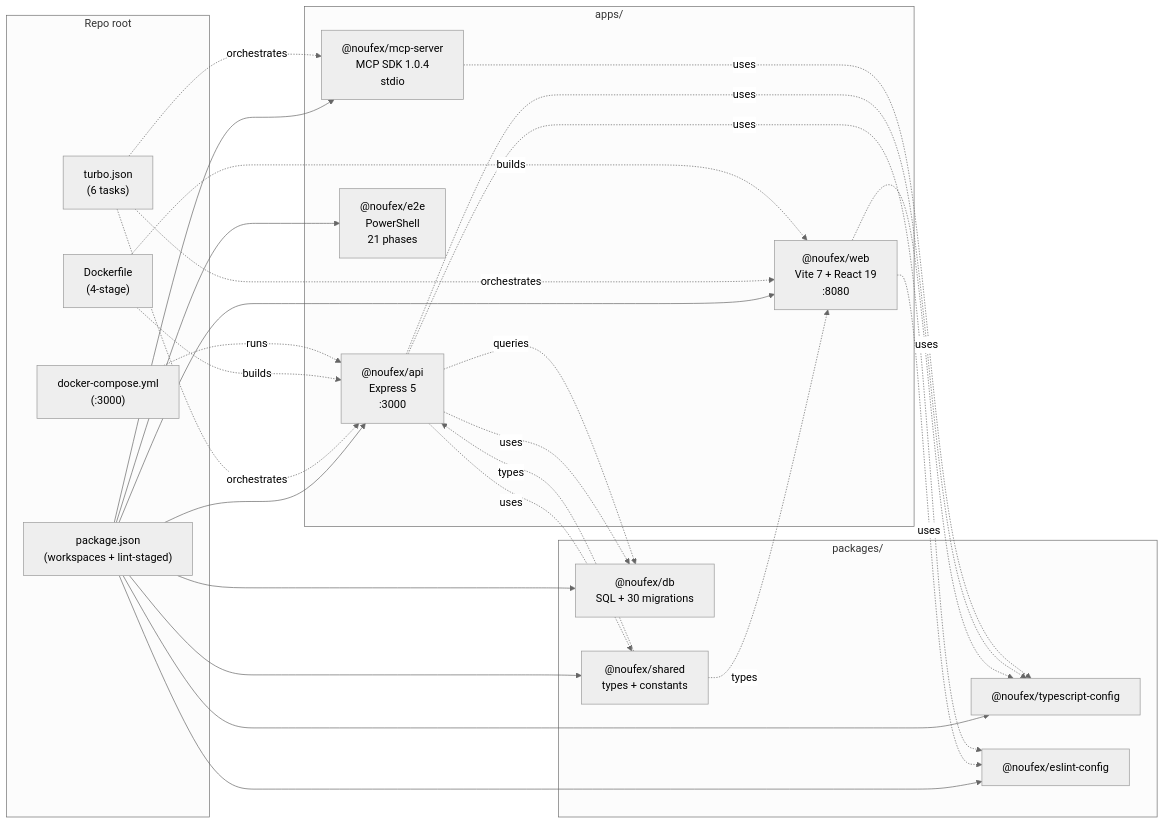
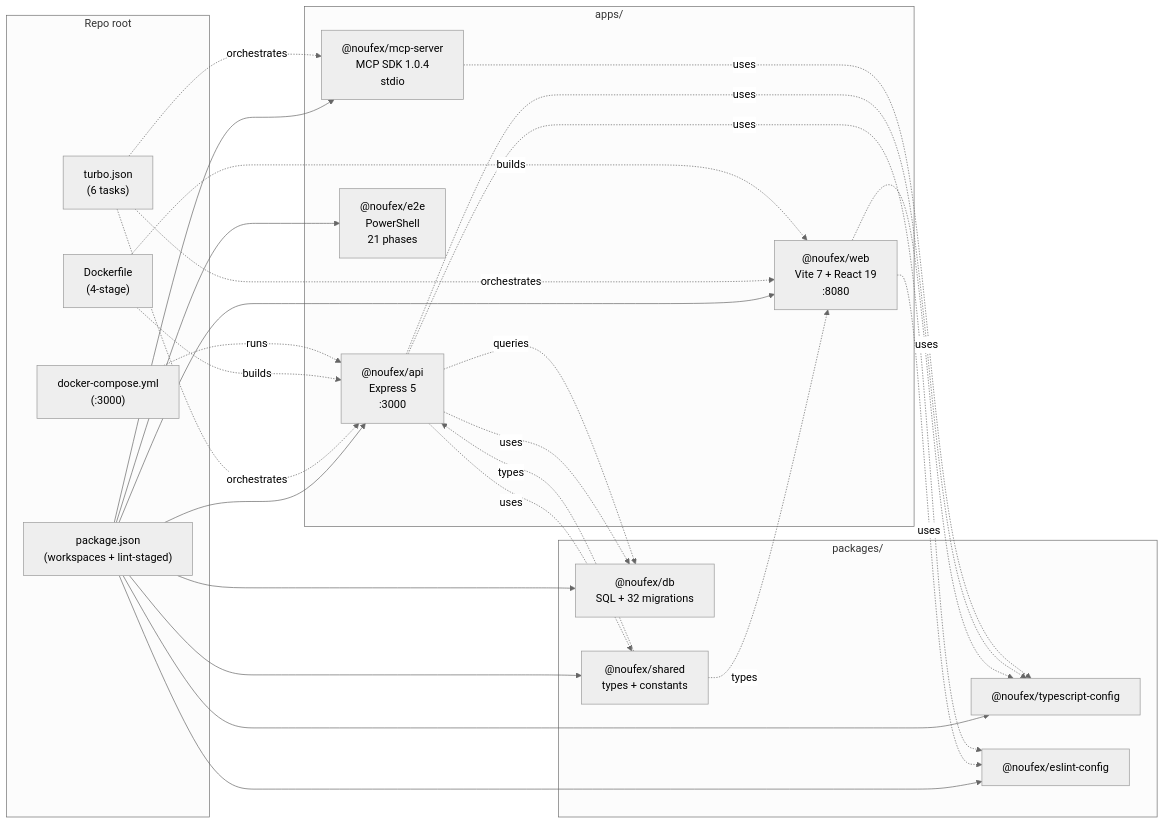
Before and after one commit to nashwanzaher/nouf-ex: the first of 3 diagrams in ARCHITECTURE.md, drawn with Mermaid (neutral theme). The commit also changed other lines of this file and 6 other files, not shown here.

````diff
--- a/ARCHITECTURE.md
+++ b/ARCHITECTURE.md
@@ -54,34 +54,34 @@
 ```mermaid
 graph LR
   subgraph root["Repo root"]
     PJ["package.json<br/>(workspaces + lint-staged)"]
     TJ["turbo.json<br/>(6 tasks)"]
     DF["Dockerfile<br/>(4-stage)"]
     DC["docker-compose.yml<br/>(:3000)"]
   end
 
   subgraph apps["apps/"]
     WEB["@noufex/web<br/>Vite 7 + React 19<br/>:8080"]
     API["@noufex/api<br/>Express 5<br/>:3000"]
     MCP["@noufex/mcp-server<br/>MCP SDK 1.0.4<br/>stdio"]
     E2E["@noufex/e2e<br/>PowerShell<br/>21 phases"]
   end
 
   subgraph pkgs["packages/"]
-    DB["@noufex/db<br/>SQL + 30 migrations"]
+      DB["@noufex/db<br/>SQL + 32 migrations"]
     SHD["@noufex/shared<br/>types + constants"]
     TSC["@noufex/typescript-config"]
     ESC["@noufex/eslint-config"]
   end
 
   PJ --> WEB & API & MCP & E2E
   PJ --> DB & SHD & TSC & ESC
   TJ -. orchestrates .-> WEB & API & MCP
   DF -. builds .-> API & WEB
   DC -. runs .-> API
   WEB -. uses .-> TSC & ESC
   API -. uses .-> TSC & ESC & SHD & DB
   MCP -. uses .-> TSC
   SHD -. types .-> WEB & API
   API -. queries .-> DB
 ```
````
